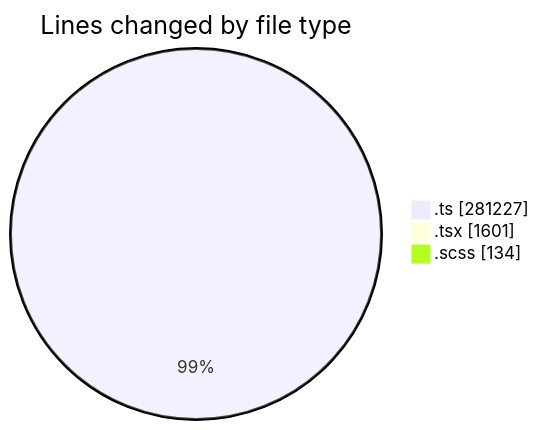
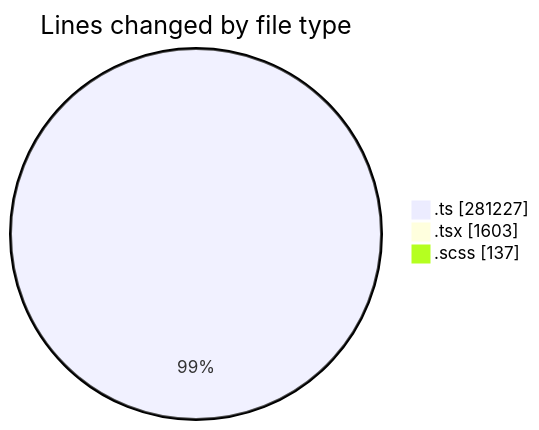
The first of 2 diagrams in 2025-08-22/cda/README.md (momahboobian/code-tracking), drawn with Mermaid before and after one commit. The commit also changed other lines of this file and 1 other file, not shown here.

````diff
--- a/2025-08-22/cda/README.md
+++ b/2025-08-22/cda/README.md
@@ -38,7 +38,7 @@
 ```mermaid
 pie showData
 title Lines changed by file type
 ".ts" : 281227
-".tsx" : 1601
-".scss" : 134
+".tsx" : 1603
+".scss" : 137
 ```
````
